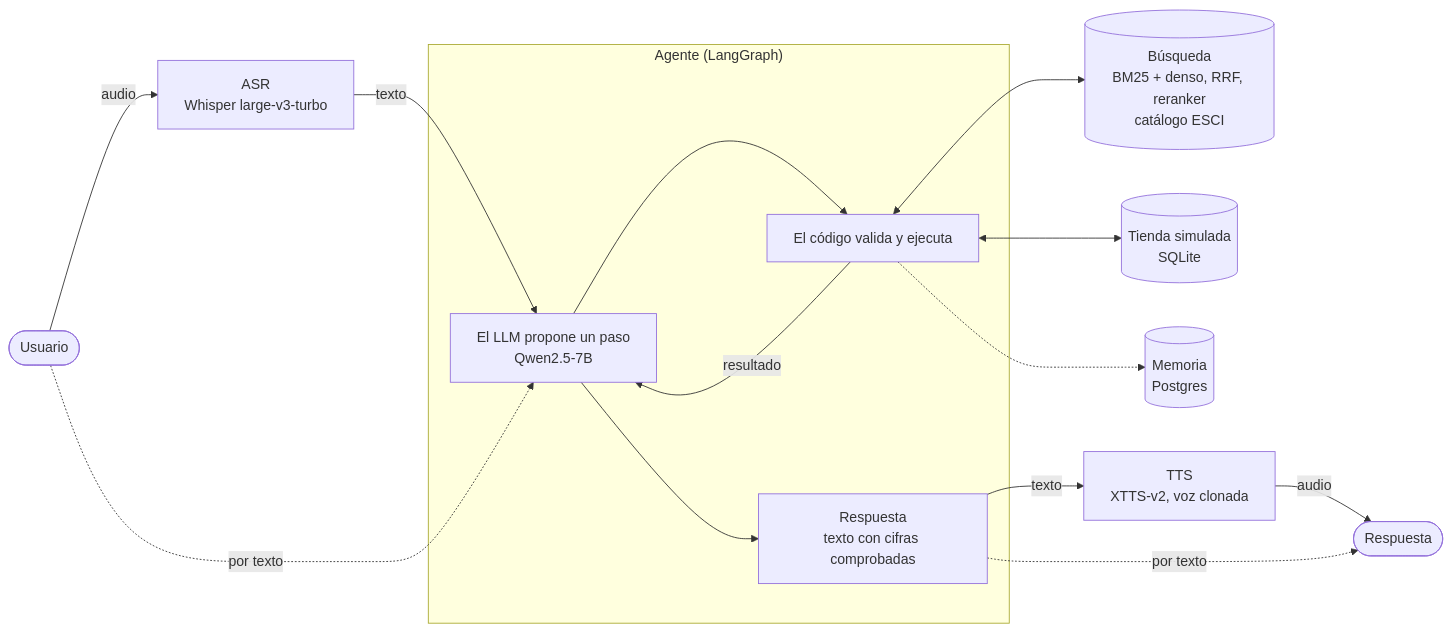
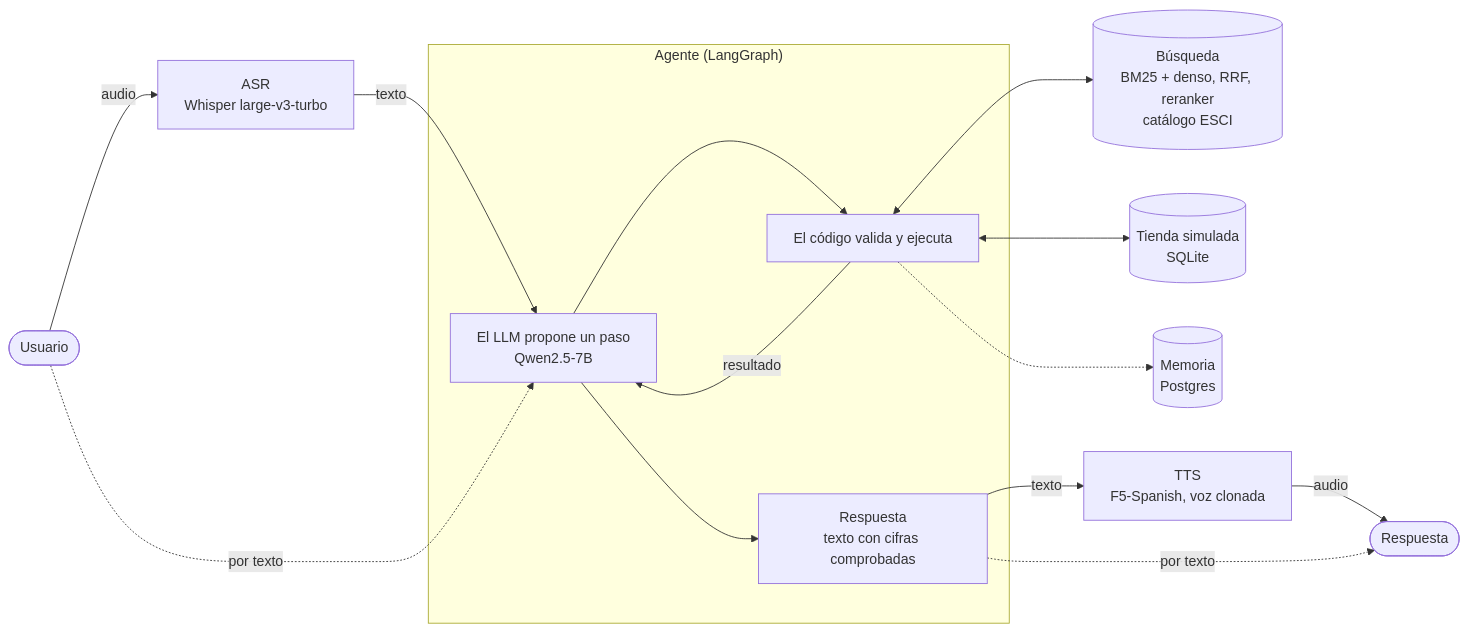
One commit to pipaber/shopping_sts_agent changed the diagram in README.md. Above: the diagram before and after it, drawn with Mermaid. The commit also changed other lines of this file and 50 other files, not shown here.

First line of the commit message:
Evaluación y documentación de la voz con F5-Spanish

````diff
--- a/README.md
+++ b/README.md
@@ -15,17 +15,17 @@
 ```mermaid
 flowchart LR
     U(["Usuario"]) -- "audio" --> ASR["ASR<br/>Whisper large-v3-turbo"]
     ASR -- "texto" --> LLM
     U -. "por texto" .-> LLM
     subgraph AG["Agente (LangGraph)"]
         LLM["El LLM propone un paso<br/>Qwen2.5-7B"] --> COD["El código valida y ejecuta"]
         COD -- "resultado" --> LLM
         LLM --> R["Respuesta<br/>texto con cifras comprobadas"]
     end
     COD <--> B[("Búsqueda<br/>BM25 + denso, RRF, reranker<br/>catálogo ESCI")]
     COD <--> T[("Tienda simulada<br/>SQLite")]
     COD -.-> M[("Memoria<br/>Postgres")]
-    R -- "texto" --> TTS["TTS<br/>XTTS-v2, voz clonada"]
+    R -- "texto" --> TTS["TTS<br/>F5-Spanish, voz clonada"]
     TTS -- "audio" --> S(["Respuesta"])
     R -. "por texto" .-> S
 ```
````
